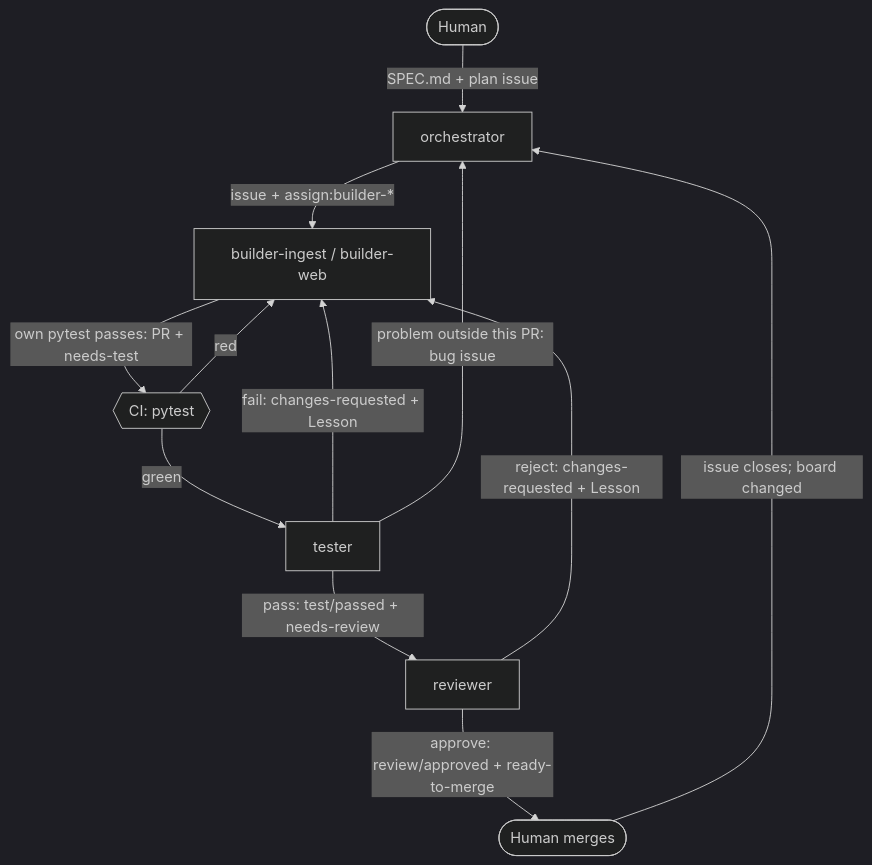
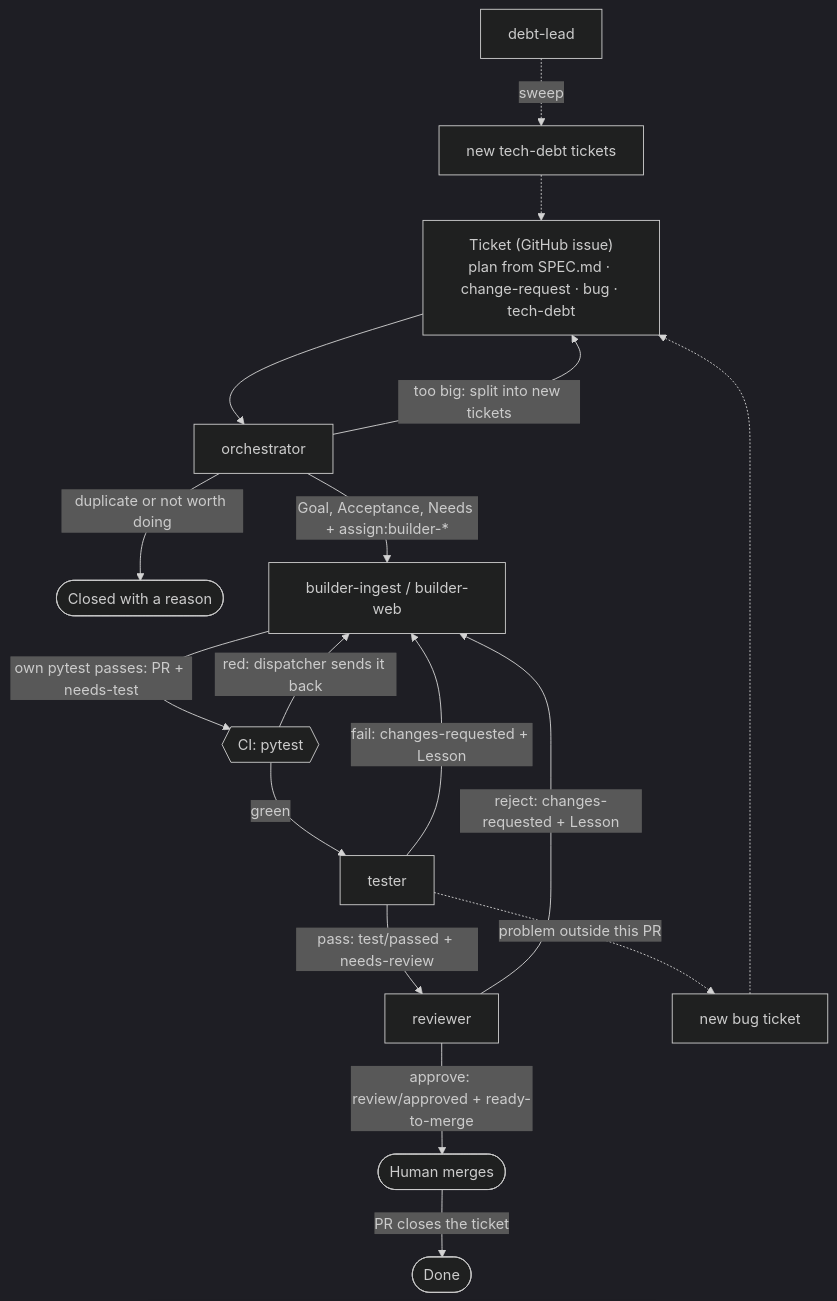
The diagram in agents/WORKFLOW.md (nikhil-kunapareddy/daily-briefing), drawn with Mermaid (dark theme) before and after one commit. The commit also changed other lines of this file, not shown here.

First line of the commit message:
Open WORKFLOW.md with the life of a ticket

````diff
--- a/agents/WORKFLOW.md
+++ b/agents/WORKFLOW.md
@@ -32,14 +10,19 @@
 ```mermaid
 flowchart TD
-  H([Human]) -->|"SPEC.md + plan issue"| O[orchestrator]
-  O -->|"issue + assign:builder-*"| B[builder-ingest / builder-web]
+  I["Ticket (GitHub issue)<br/>plan from SPEC.md · change-request · bug · tech-debt"] --> O[orchestrator]
+  O -->|"too big: split into new tickets"| I
+  O -->|"duplicate or not worth doing"| X([Closed with a reason])
+  O -->|"Goal, Acceptance, Needs + assign:builder-*"| B[builder-ingest / builder-web]
   B -->|"own pytest passes: PR + needs-test"| CI{{"CI: pytest"}}
-  CI -->|red| B
+  CI -->|"red: dispatcher sends it back"| B
   CI -->|green| T[tester]
   T -->|"fail: changes-requested + Lesson"| B
   T -->|"pass: test/passed + needs-review"| R[reviewer]
   R -->|"reject: changes-requested + Lesson"| B
-  R -->|"approve: review/approved + ready-to-merge"| M([Human merges])
-  M -->|"issue closes; board changed"| O
-  T -->|"problem outside this PR: bug issue"| O
+  R -->|"approve: review/approved + ready-to-merge"| H([Human merges])
+  H -->|"PR closes the ticket"| D([Done])
+  T -.->|"problem outside this PR"| BUG["new bug ticket"]
+  DL[debt-lead] -.->|"sweep"| DEBT["new tech-debt tickets"]
+  BUG -.-> I
+  DEBT -.-> I
 ```
````
